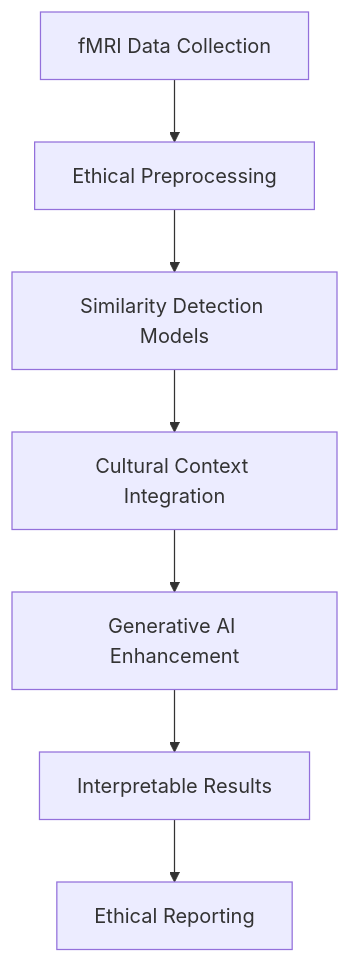
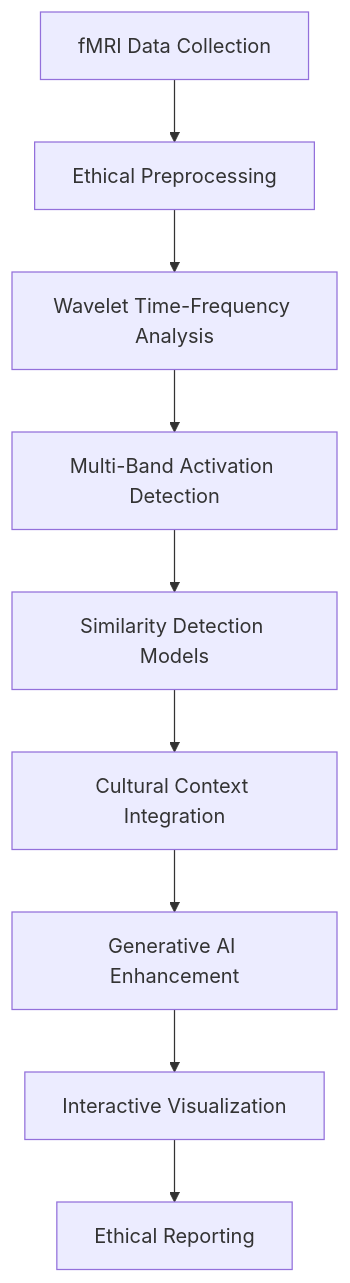
The diagram in README.md (Tatsuru-Kikuchi/MCP-fMRI), drawn with Mermaid before and after one commit. The commit also changed other lines of this file, not shown here.

Commit message:
Update README with comprehensive wavelet analysis documentation and examples

````diff
--- a/README.md
+++ b/README.md
@@ -44,9 +119,11 @@
 ```mermaid
 graph TD
     A[fMRI Data Collection] --> B[Ethical Preprocessing]
-    B --> C[Similarity Detection Models]
-    C --> D[Cultural Context Integration]
-    D --> E[Generative AI Enhancement]
-    E --> F[Interpretable Results]
-    F --> G[Ethical Reporting]
+    B --> C[Wavelet Time-Frequency Analysis]
+    C --> D[Multi-Band Activation Detection]
+    D --> E[Similarity Detection Models]
+    E --> F[Cultural Context Integration]
+    F --> G[Generative AI Enhancement]
+    G --> H[Interactive Visualization]
+    H --> I[Ethical Reporting]
 ```
````
